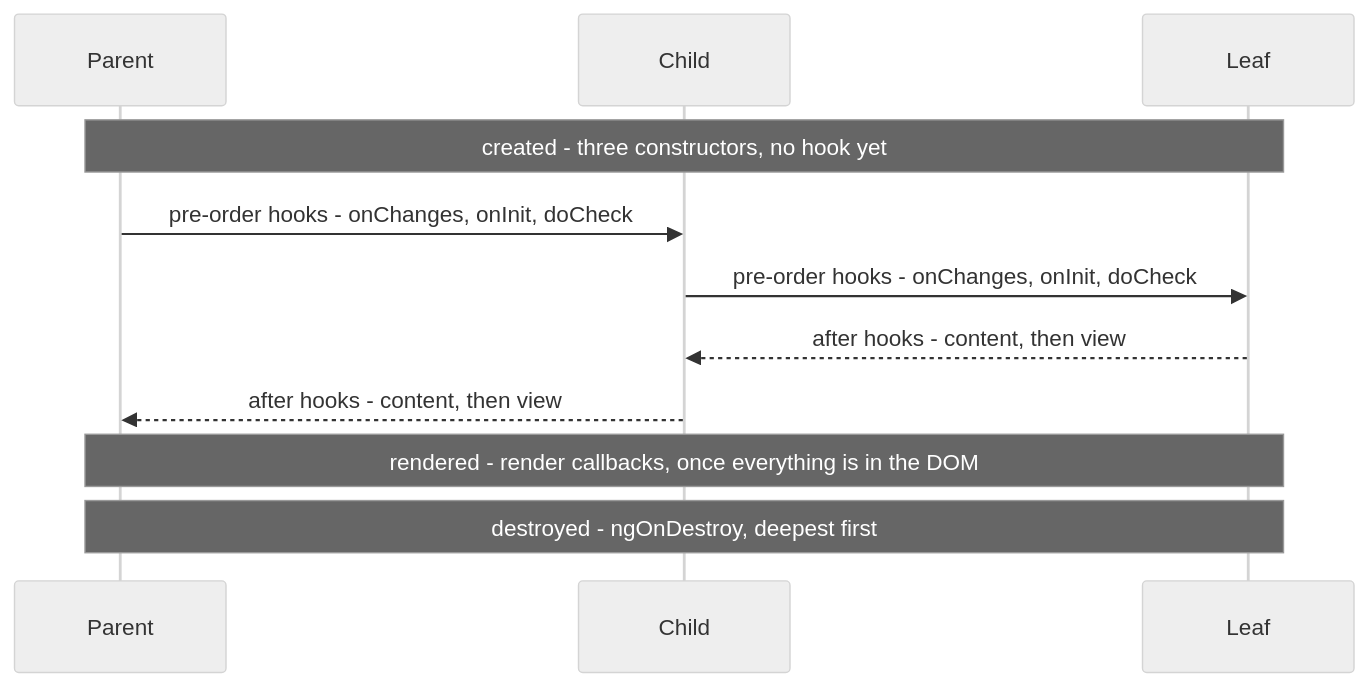
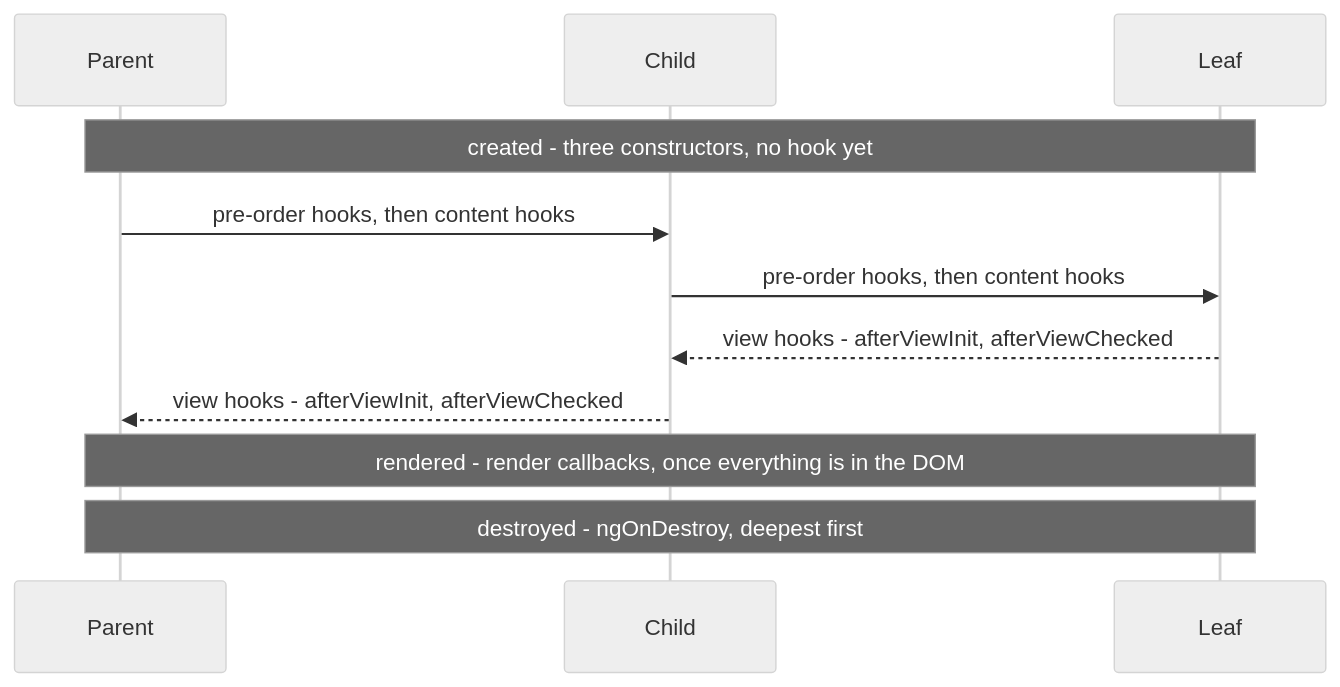
The first of 7 diagrams in angular-fullstack-guide/modules/20-lifecycle-and-render-hooks.md (JQuintero2430/interview-preparation), drawn with Mermaid (neutral theme) before and after one commit. The commit also changed other lines of this file and 230 other files, not shown here.

````diff
--- a/angular-fullstack-guide/modules/20-lifecycle-and-render-hooks.md
+++ b/angular-fullstack-guide/modules/20-lifecycle-and-render-hooks.md
@@ -40,13 +40,13 @@
 ```mermaid
 sequenceDiagram
   participant P as Parent
   participant C as Child
   participant L as Leaf
   Note over P,L: created - three constructors, no hook yet
-  P->>C: pre-order hooks - onChanges, onInit, doCheck
-  C->>L: pre-order hooks - onChanges, onInit, doCheck
-  L-->>C: after hooks - content, then view
-  C-->>P: after hooks - content, then view
+  P->>C: pre-order hooks, then content hooks
+  C->>L: pre-order hooks, then content hooks
+  L-->>C: view hooks - afterViewInit, afterViewChecked
+  C-->>P: view hooks - afterViewInit, afterViewChecked
   Note over P,L: rendered - render callbacks, once everything is in the DOM
   Note over P,L: destroyed - ngOnDestroy, deepest first
 ```
````
